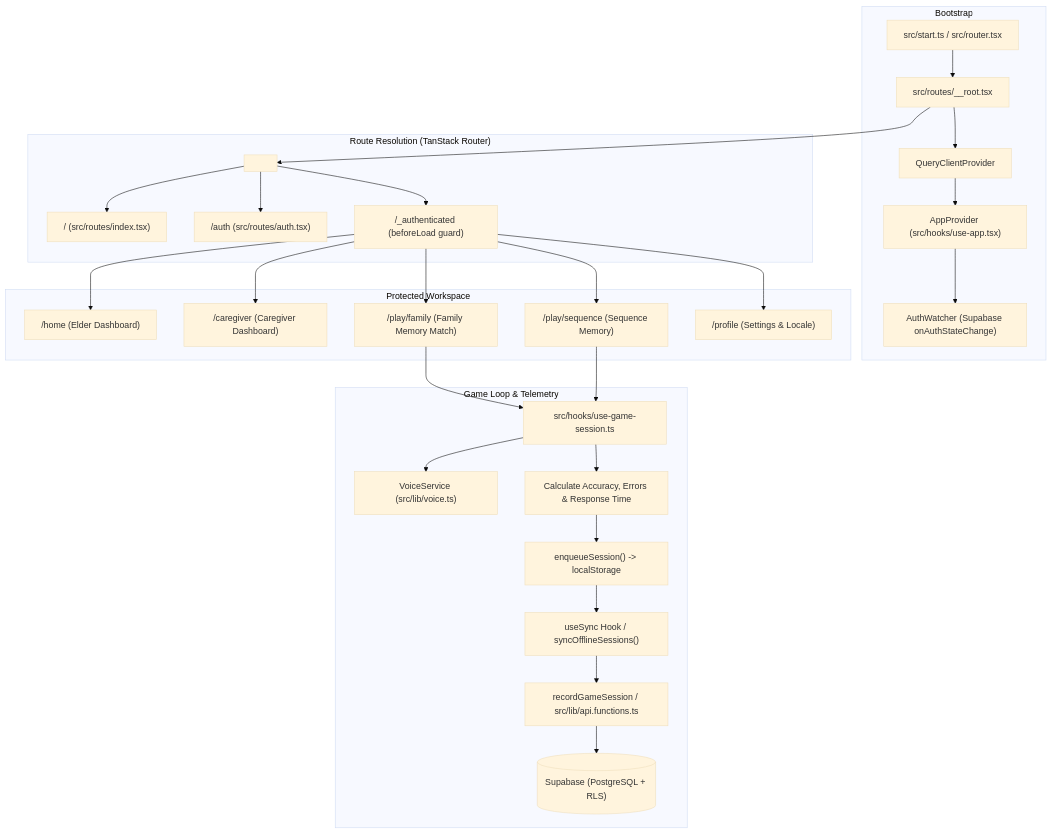
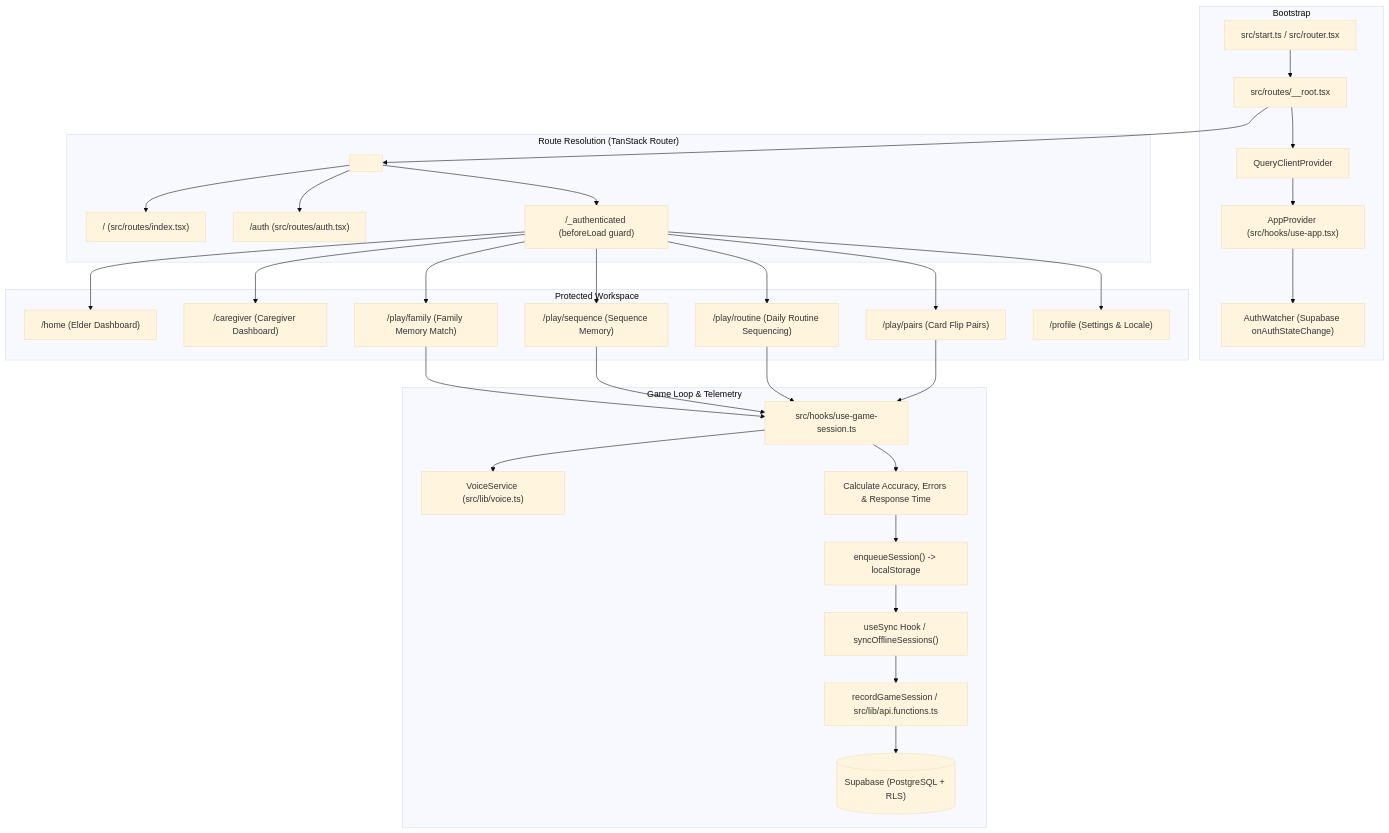
Before and after one commit to ABHIJEET-0104/SMRITI-SATHI: the first of 2 diagrams in FLOW.md, drawn with Mermaid (base theme). The commit also changed other lines of this file and 8 other files, not shown here.

Commit message:
feat: add Daily Routine Sequencing and Card Flip Pairs games with multilingual voice and caregiver tracking

````diff
--- a/FLOW.md
+++ b/FLOW.md
@@ -9,34 +9,36 @@
 ```mermaid
 flowchart TD
     subgraph Bootstrap
         Entry["src/start.ts / src/router.tsx"] --> RootRoute["src/routes/__root.tsx"]
         RootRoute --> QueryProvider["QueryClientProvider"]
         QueryProvider --> AppProvider["AppProvider (src/hooks/use-app.tsx)"]
         AppProvider --> AuthWatcher["AuthWatcher (Supabase onAuthStateChange)"]
     end
 
     subgraph RouteDispatch["Route Resolution (TanStack Router)"]
         RootRoute --> Outlet["<Outlet />"]
         Outlet --> IndexRoute["/ (src/routes/index.tsx)"]
         Outlet --> AuthRoute["/auth (src/routes/auth.tsx)"]
         Outlet --> AuthLayout["/_authenticated (beforeLoad guard)"]
     end
 
     subgraph AuthenticatedFlow["Protected Workspace"]
         AuthLayout --> Home["/home (Elder Dashboard)"]
         AuthLayout --> Caregiver["/caregiver (Caregiver Dashboard)"]
         AuthLayout --> FamilyMatch["/play/family (Family Memory Match)"]
         AuthLayout --> SequenceMatch["/play/sequence (Sequence Memory)"]
+        AuthLayout --> RoutineMatch["/play/routine (Daily Routine Sequencing)"]
+        AuthLayout --> PairsMatch["/play/pairs (Card Flip Pairs)"]
         AuthLayout --> Profile["/profile (Settings & Locale)"]
     end
 
     subgraph GameRuntime["Game Loop & Telemetry"]
-        FamilyMatch & SequenceMatch --> UseGameSession["src/hooks/use-game-session.ts"]
+        FamilyMatch & SequenceMatch & RoutineMatch & PairsMatch --> UseGameSession["src/hooks/use-game-session.ts"]
         UseGameSession --> Voice["VoiceService (src/lib/voice.ts)"]
         UseGameSession --> Metrics["Calculate Accuracy, Errors & Response Time"]
         Metrics --> OfflineQueue["enqueueSession() -> localStorage"]
         OfflineQueue --> SyncEngine["useSync Hook / syncOfflineSessions()"]
         SyncEngine --> ServerAPI["recordGameSession / src/lib/api.functions.ts"]
         ServerAPI --> SupabaseDB[("Supabase (PostgreSQL + RLS)")]
     end
 ```
````
